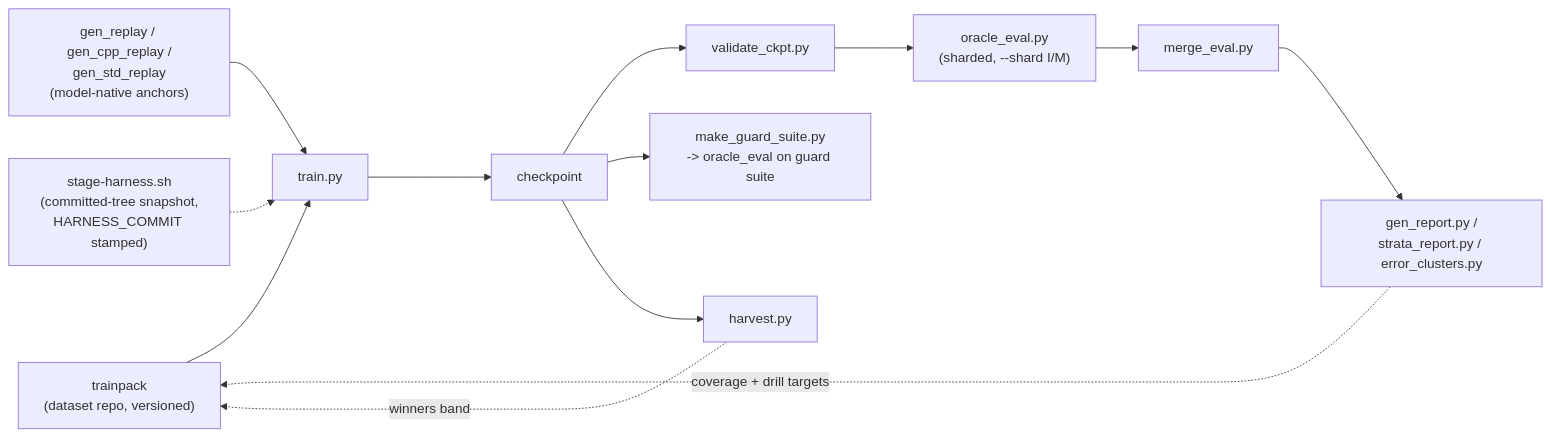
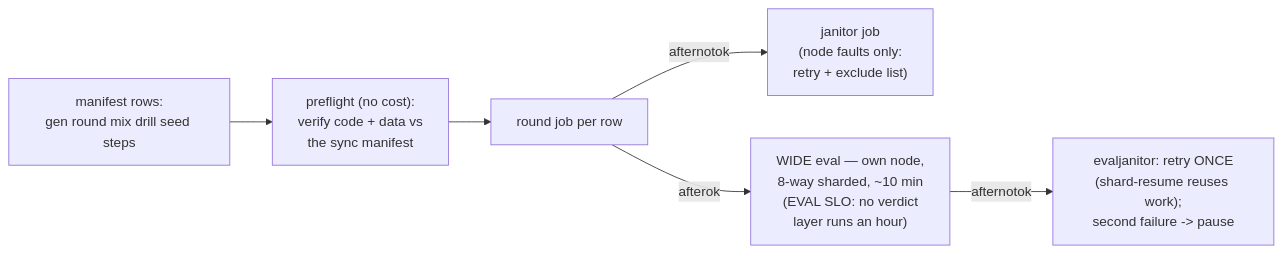
One commit to storax-io/storax-ai-train-rocm changed the second of 5 diagrams in docs/cli.md. Above: the diagram before and after it, drawn with Mermaid. The commit also changed other lines of this file and 3 other files, not shown here.

````diff
--- a/docs/cli.md
+++ b/docs/cli.md
@@ -14,12 +45,8 @@
 ```mermaid
 flowchart LR
-    TP["trainpack<br/>(dataset repo, versioned)"] --> TR[train.py]
-    RG["gen_replay / gen_cpp_replay /<br/>gen_std_replay<br/>(model-native anchors)"] --> TR
-    SH["stage-harness.sh<br/>(committed-tree snapshot,<br/>HARNESS_COMMIT stamped)"] -.-> TR
-    TR --> CK[checkpoint]
-    CK --> VA[validate_ckpt.py] --> EV["oracle_eval.py<br/>(sharded, --shard I/M)"]
-    EV --> ME[merge_eval.py] --> RPT["gen_report.py /<br/>strata_report.py / error_clusters.py"]
-    CK --> GS["make_guard_suite.py<br/>-> oracle_eval on guard suite"]
-    RPT -. "coverage + drill targets" .-> TP
-    CK --> HV[harvest.py] -. "winners band" .-> TP
+    MF["manifest rows:<br/>gen round mix drill seed steps"] --> PF["preflight (no cost):<br/>verify code + data vs<br/>the sync manifest"]
+    PF --> RJ["round job per row"]
+    RJ -- afternotok --> JN["janitor job<br/>(node faults only:<br/>retry + exclude list)"]
+    RJ -- afterok --> EV["WIDE eval — own node,<br/>8-way sharded, ~10 min<br/>(EVAL SLO: no verdict<br/>layer runs an hour)"]
+    EV -- afternotok --> EJ["evaljanitor: retry ONCE<br/>(shard-resume reuses work);<br/>second failure -> pause"]
 ```
````
